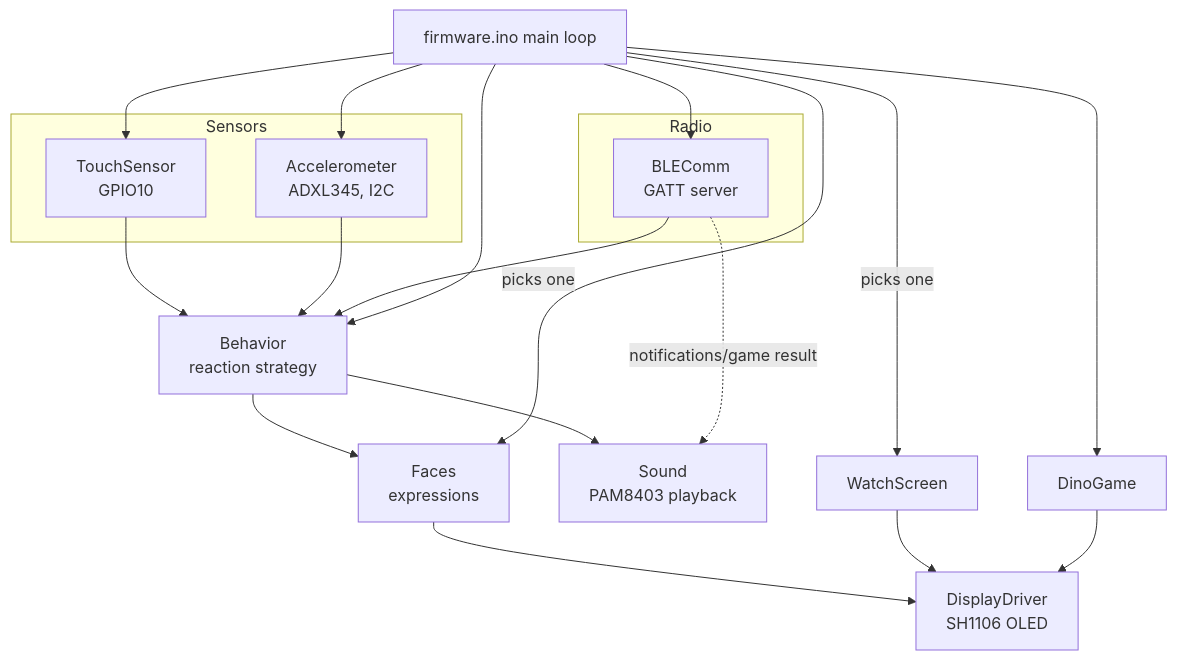
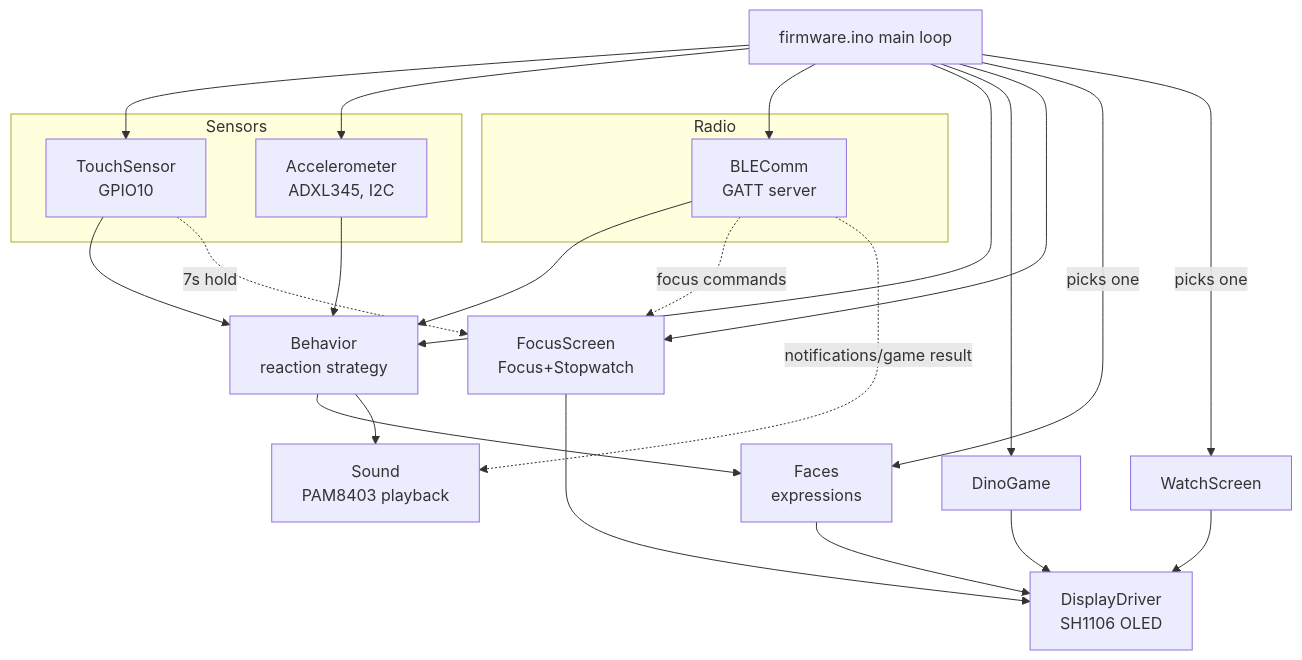
The first of 2 diagrams in README.md (ahlam26824/ROBOZAPIUBOT), drawn with Mermaid before and after one commit. The commit also changed other lines of this file, not shown here.

Commit message:
Update README: add full wiring diagram, Focus Mode, Stopwatch, PC software docs

````diff
--- a/README.md
+++ b/README.md
@@ -88,29 +245,33 @@
 ```mermaid
 graph TB
     subgraph Sensors
         TS[TouchSensor<br/>GPIO10]
         ACC[Accelerometer<br/>ADXL345, I2C]
     end
 
     subgraph Radio
         BLE[BLEComm<br/>GATT server]
     end
 
     TS --> BEH[Behavior<br/>reaction strategy]
     ACC --> BEH
     BLE --> BEH
     BEH --> FACES[Faces<br/>expressions]
     BEH --> SND[Sound<br/>PAM8403 playback]
     FACES --> DISP[DisplayDriver<br/>SH1106 OLED]
     WATCH[WatchScreen] --> DISP
     GAME[DinoGame] --> DISP
+    FOCUS[FocusScreen<br/>Focus+Stopwatch] --> DISP
+    BLE -.focus commands.-> FOCUS
+    TS -.7s hold.-> FOCUS
     BLE -.notifications/game result.-> SND
 
     MAIN[firmware.ino main loop] --> TS
     MAIN --> ACC
     MAIN --> BLE
     MAIN --> BEH
     MAIN --> GAME
+    MAIN --> FOCUS
     MAIN -->|picks one| FACES
     MAIN -->|picks one| WATCH
 ```
````
